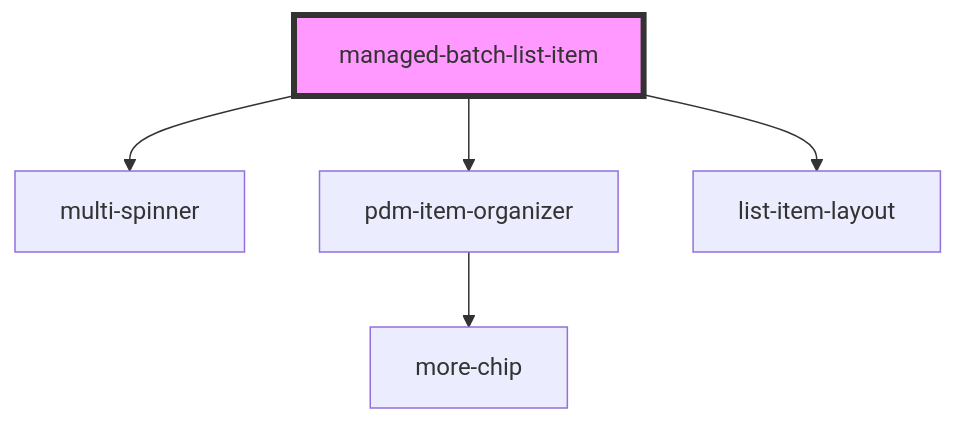
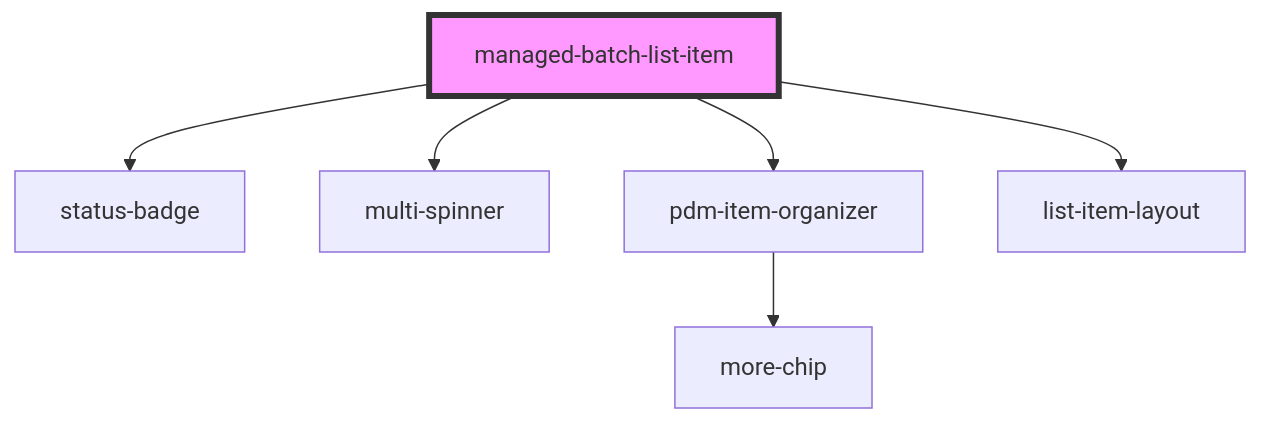
One commit to PharmaLedger-IMI/fgt-workspace changed the diagram in pdm-web-components/src/components/managed-batch-list-item/readme.md. Above: the diagram before and after it, drawn with Mermaid. The commit also changed other lines of this file and 16 other files, not shown here.

Commit message:
refs #40 - updates batchManager to properly handle status. updates batch web components. adds status badge

````diff
--- a/pdm-web-components/src/components/managed-batch-list-item/readme.md
+++ b/pdm-web-components/src/components/managed-batch-list-item/readme.md
@@ -45,8 +46,9 @@
 ```mermaid
 graph TD;
+  managed-batch-list-item --> status-badge
   managed-batch-list-item --> multi-spinner
   managed-batch-list-item --> pdm-item-organizer
   managed-batch-list-item --> list-item-layout
   pdm-item-organizer --> more-chip
   style managed-batch-list-item fill:#f9f,stroke:#333,stroke-width:4px
 ```
````
